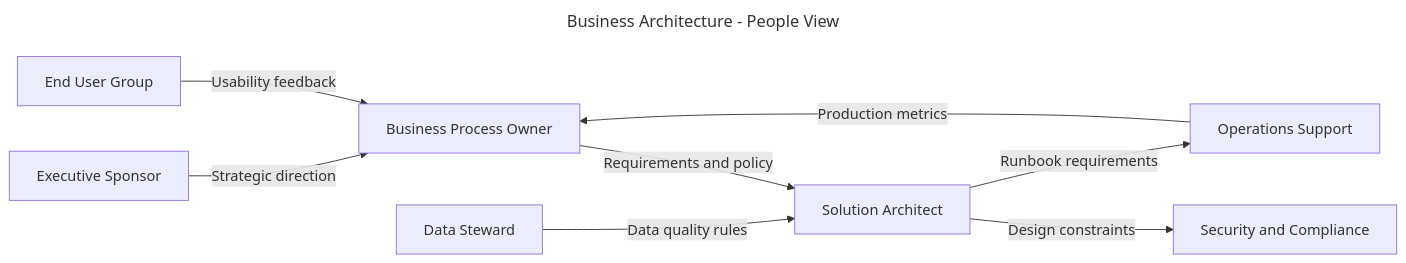
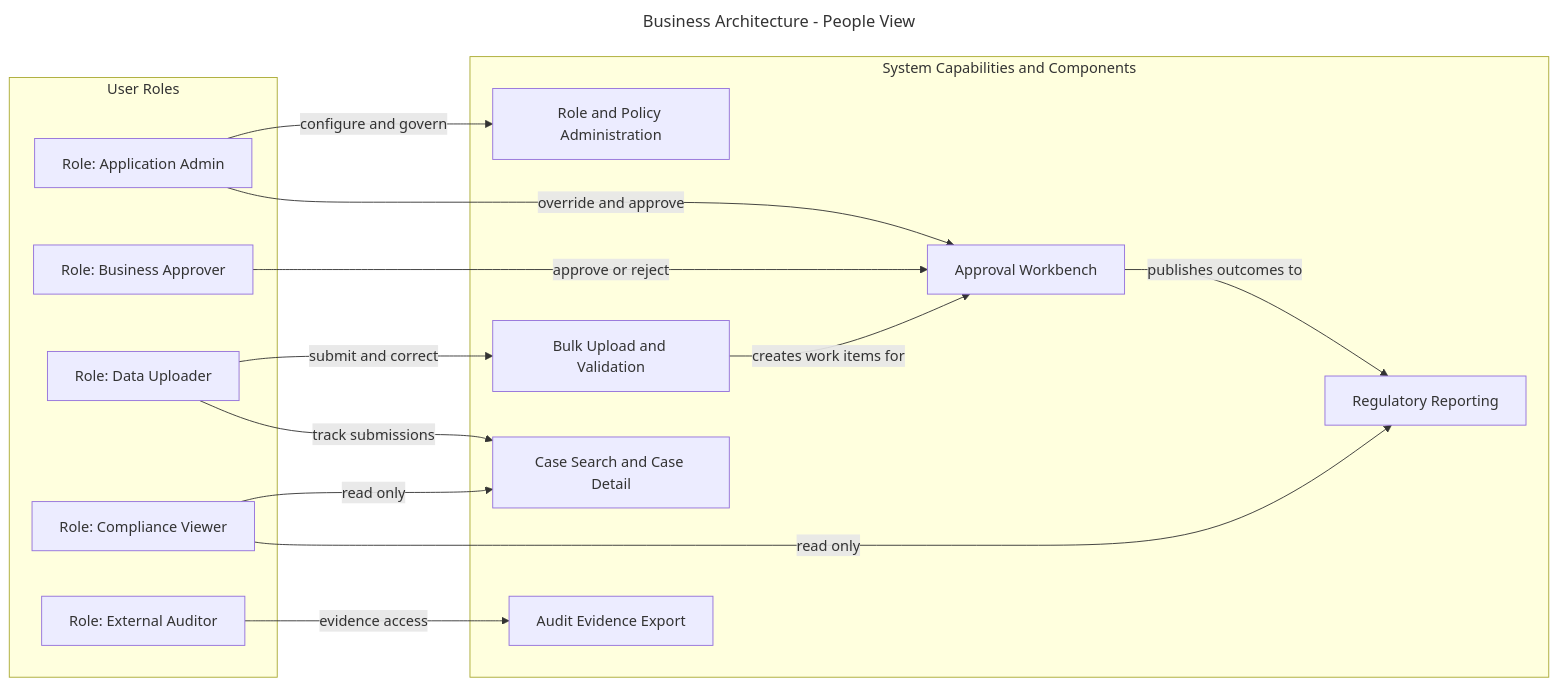
The first of 27 diagrams in docs/templates.md (LewisCM14/django_auth), drawn with Mermaid before and after one commit. The commit also changed other lines of this file, not shown here.

Commit message:
update template diagrams

````diff
--- a/docs/templates.md
+++ b/docs/templates.md
@@ -10,21 +7,33 @@
 ```mermaid
 ---
 title: Business Architecture - People View
 ---
 flowchart LR
-	Sponsor[Executive Sponsor]
-	Owner[Business Process Owner]
-	Steward[Data Steward]
-	Architect[Solution Architect]
-	Security[Security and Compliance]
-	Ops[Operations Support]
-	EndUser[End User Group]
+	subgraph Roles[User Roles]
+		Admin[Role: Application Admin]
+		Approver[Role: Business Approver]
+		Uploader[Role: Data Uploader]
+		Viewer[Role: Compliance Viewer]
+		Auditor[Role: External Auditor]
+	end
 
-	Sponsor -->|Strategic direction| Owner
-	Owner -->|Requirements and policy| Architect
-	Architect -->|Design constraints| Security
-	Architect -->|Runbook requirements| Ops
-	Steward -->|Data quality rules| Architect
-	EndUser -->|Usability feedback| Owner
-	Ops -->|Production metrics| Owner
+	subgraph Capabilities[System Capabilities and Components]
+		CapApprove[Approval Workbench]
+		CapUpload[Bulk Upload and Validation]
+		CapCase[Case Search and Case Detail]
+		CapReport[Regulatory Reporting]
+		CapConfig[Role and Policy Administration]
+		CapAudit[Audit Evidence Export]
+	end
+
+	Admin -->|configure and govern| CapConfig
+	Admin -->|override and approve| CapApprove
+	Approver -->|approve or reject| CapApprove
+	Uploader -->|submit and correct| CapUpload
+	Uploader -->|track submissions| CapCase
+	Viewer -->|read only| CapCase
+	Viewer -->|read only| CapReport
+	Auditor -->|evidence access| CapAudit
+	CapUpload -->|creates work items for| CapApprove
+	CapApprove -->|publishes outcomes to| CapReport
 ```
````
